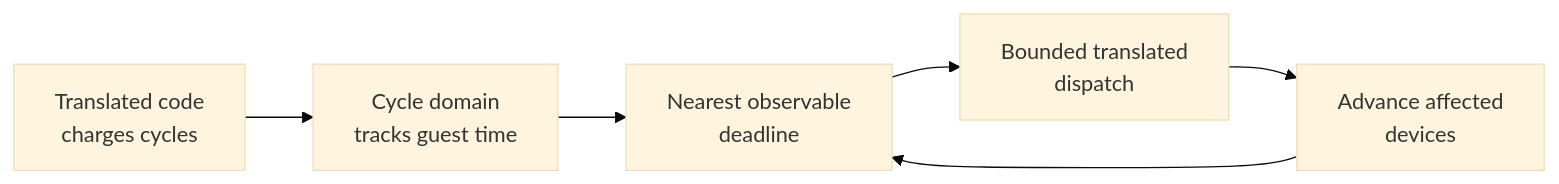
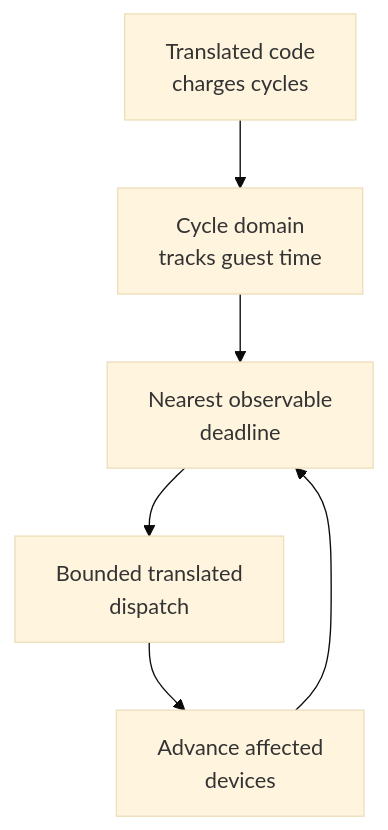
One commit to Aelbannan/boat_of_daphnes changed the second of 3 diagrams in docs/architecture/Services.md. Above: the diagram before and after it, drawn with Mermaid (base theme). The commit also changed 2 other files, not shown here.

Commit message:
Rebalance dense Mermaid layouts

````diff
--- a/docs/architecture/Services.md
+++ b/docs/architecture/Services.md
@@ -146,15 +146,15 @@
 ```mermaid
-flowchart LR
+flowchart TD
     Charge["`Translated code
 charges cycles`"]
     Domain["`Cycle domain
 tracks guest time`"]
     Deadline["`Nearest observable
 deadline`"]
     Dispatch["`Bounded translated
 dispatch`"]
     Devices["`Advance affected
 devices`"]
 
     Charge --> Domain --> Deadline --> Dispatch --> Devices --> Deadline
 ```
````
